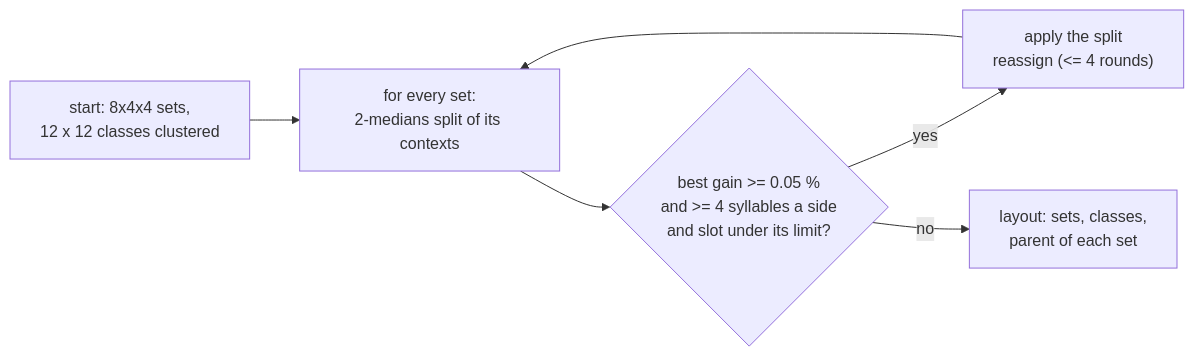
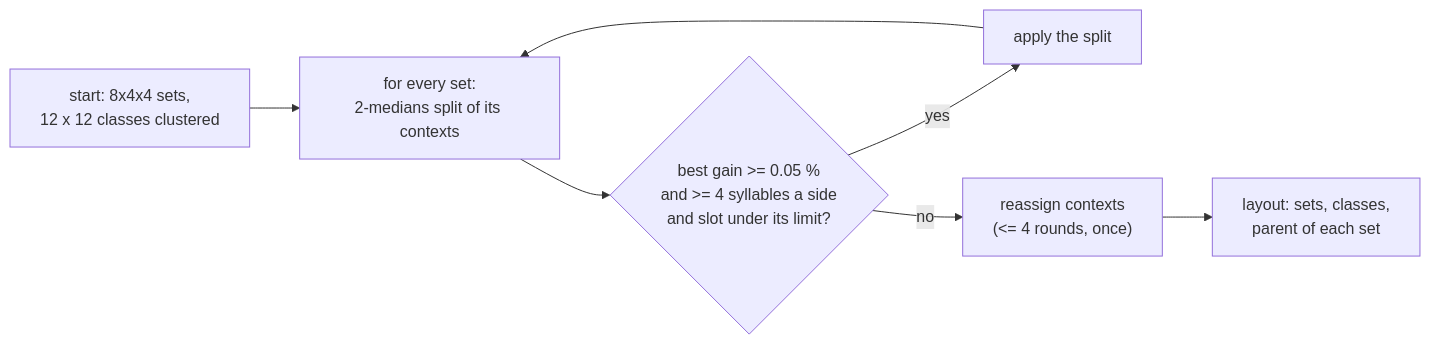
Before and after one commit to TaehyunKimLL/svf-fonts-open: the second of 5 diagrams in docs/jamo-split.md, drawn with Mermaid. The commit also changed other lines of this file and 3 other files, not shown here.

````diff
--- a/docs/jamo-split.md
+++ b/docs/jamo-split.md
@@ -153,8 +165,9 @@
 ```mermaid
 flowchart LR
   A["start: 8x4x4 sets,<br/>12 x 12 classes clustered"] --> B["for every set:<br/>2-medians split of its contexts"]
   B --> C{"best gain >= 0.05 %<br/>and >= 4 syllables a side<br/>and slot under its limit?"}
-  C -->|yes| D["apply the split<br/>reassign (<= 4 rounds)"]
+  C -->|yes| D["apply the split"]
   D --> B
-  C -->|no| E["layout: sets, classes,<br/>parent of each set"]
+  C -->|no| RA["reassign contexts<br/>(<= 4 rounds, once)"]
+  RA --> E["layout: sets, classes,<br/>parent of each set"]
 ```
````
